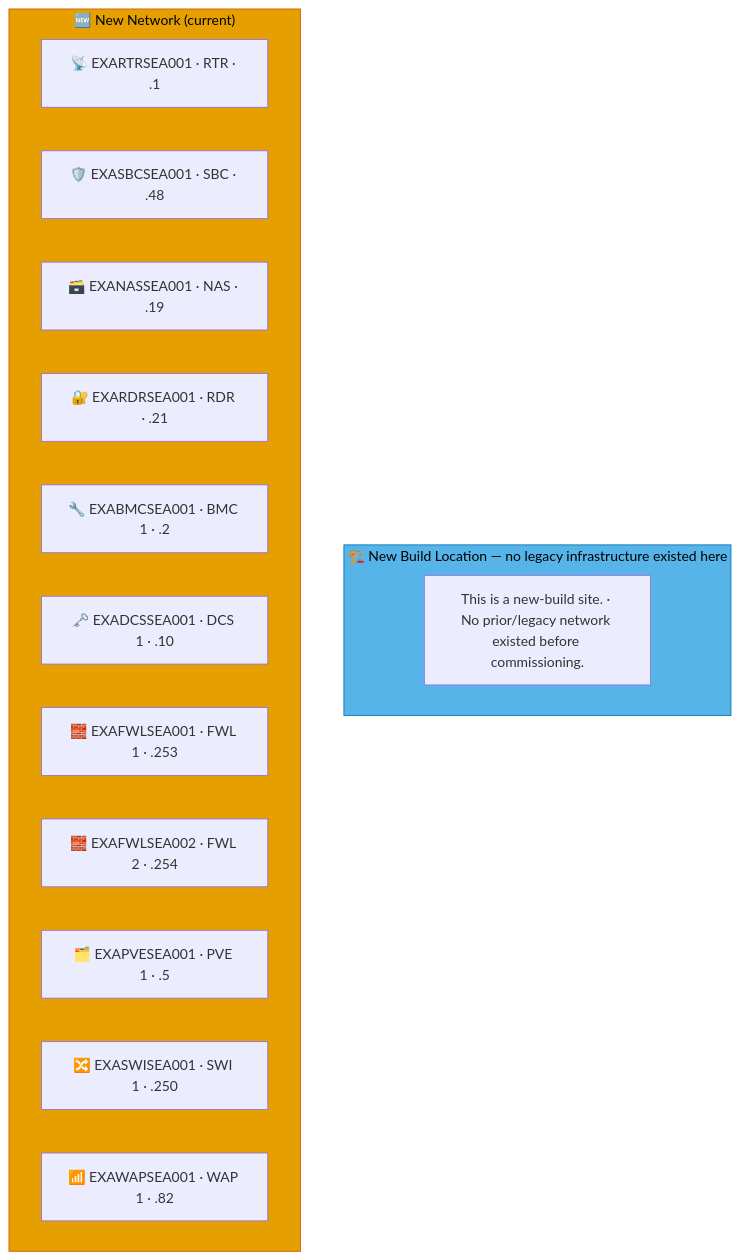
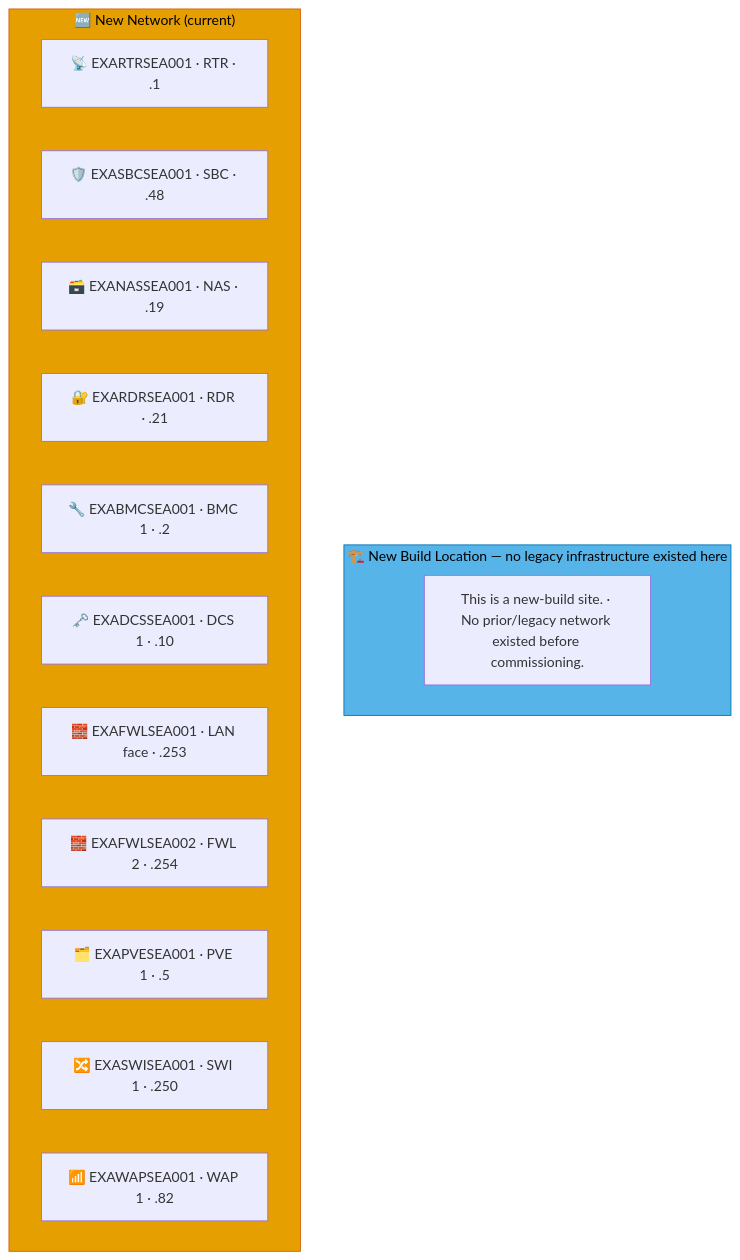
The seventh of 8 diagrams in docs/network-diagram/united-states.md (knightmare2600/example_music_infra), drawn with Mermaid before and after one commit. The commit also changed other lines of this file and 17 other files, not shown here.

````diff
--- a/docs/network-diagram/united-states.md
+++ b/docs/network-diagram/united-states.md
@@ -352,23 +352,23 @@
 ```mermaid
 graph TD
     subgraph OLD_SEA ["🏗️ New Build Location — no legacy infrastructure existed here"]
       N_OLD_NOTE["This is a new-build site. · No prior/legacy network existed before commissioning."]
     end
     style OLD_SEA fill:#56B4E9,stroke:#0072B2,color:#000000
     %% GENERATED:NEW-NETWORK:SEA:START
     subgraph NEW_SEA ["🆕 New Network (current)"]
       N_RTR["📡 EXARTRSEA001 · RTR · .1"]
       N_SBC["🛡️ EXASBCSEA001 · SBC · .48"]
       N_NAS["🗃️ EXANASSEA001 · NAS · .19"]
       N_RDR["🔐 EXARDRSEA001 · RDR · .21"]
       N_BMC["🔧 EXABMCSEA001 · BMC 1 · .2"]
       N_DCS["🗝️ EXADCSSEA001 · DCS 1 · .10"]
-      N_FWL["🧱 EXAFWLSEA001 · FWL 1 · .253"]
+      N_FWL["🧱 EXAFWLSEA001 · LAN face · .253"]
       N_FWL2["🧱 EXAFWLSEA002 · FWL 2 · .254"]
       N_PVE["🗂️ EXAPVESEA001 · PVE 1 · .5"]
       N_SWI["🔀 EXASWISEA001 · SWI 1 · .250"]
       N_WAP["📶 EXAWAPSEA001 · WAP 1 · .82"]
     end
     style NEW_SEA fill:#E69F00,stroke:#D55E00,color:#000000
     %% GENERATED:NEW-NETWORK:SEA:END
 ```
````
